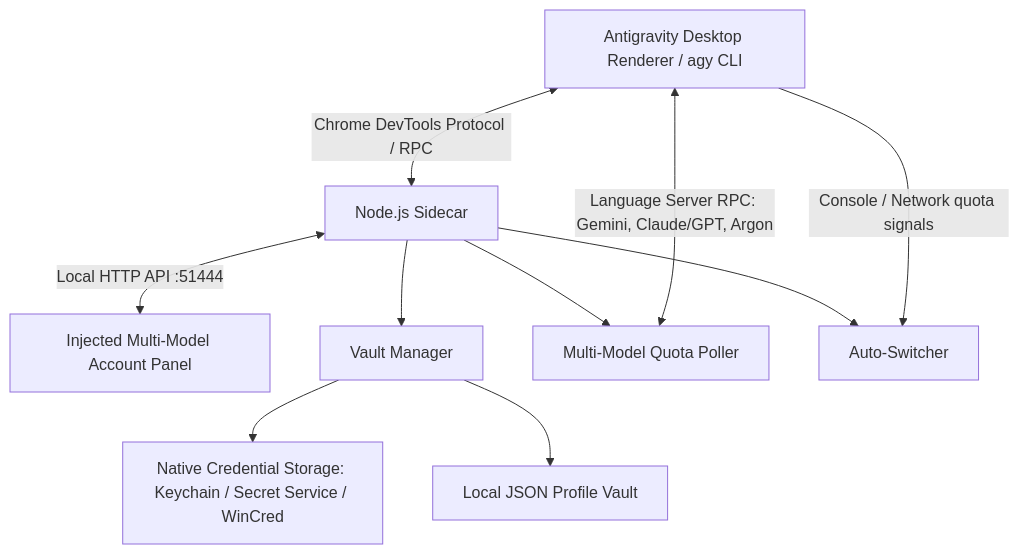
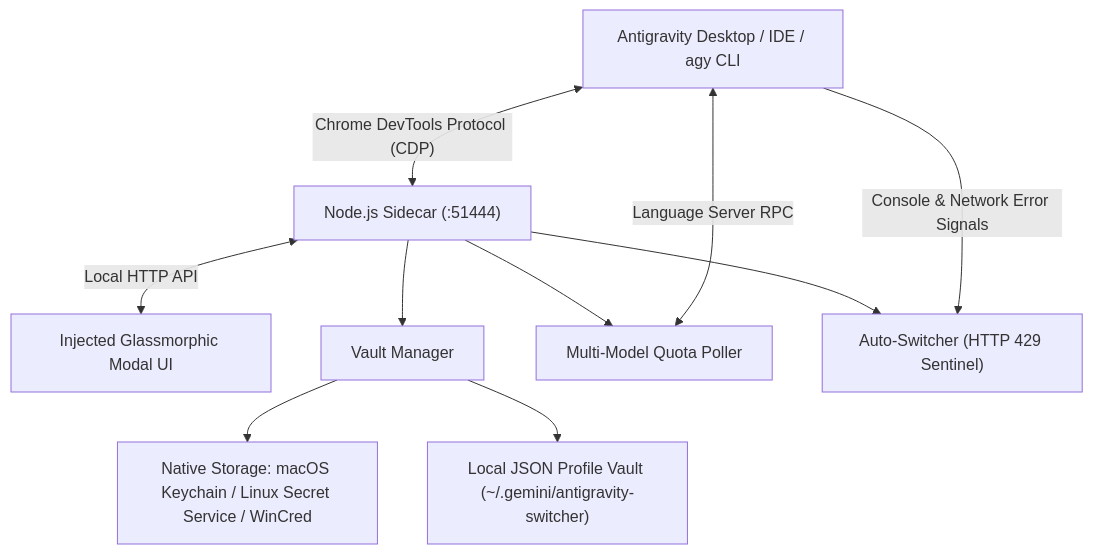
Before and after one commit to sohrabezzati/antigravity-account-switcher: the diagram in README.md, drawn with Mermaid. The commit also changed other lines of this file and 3 other files, not shown here.

Commit message:
docs: add comprehensive cross-platform guide, macOS/Linux 1-line installer, and multi-model documentation

````diff
--- a/README.md
+++ b/README.md
@@ -158,12 +195,12 @@
 ```mermaid
 flowchart TD
-    A[Antigravity Desktop Renderer / agy CLI] <-->|Chrome DevTools Protocol / RPC| B[Node.js Sidecar]
-    B <-->|Local HTTP API :51444| C[Injected Multi-Model Account Panel]
-    B --> D[Vault Manager]
-    D --> E[Native Credential Storage: Keychain / Secret Service / WinCred]
-    D --> F[Local JSON Profile Vault]
-    B --> G[Multi-Model Quota Poller]
-    G <-->|Language Server RPC: Gemini, Claude/GPT, Argon| A
-    B --> H[Auto-Switcher]
-    A -->|Console / Network quota signals| H
+    A["Antigravity Desktop / IDE / agy CLI"] <-->|"Chrome DevTools Protocol (CDP)"| B["Node.js Sidecar (:51444)"]
+    B <-->|"Local HTTP API"| C["Injected Glassmorphic Modal UI"]
+    B --> D["Vault Manager"]
+    D --> E["Native Storage: macOS Keychain / Linux Secret Service / WinCred"]
+    D --> F["Local JSON Profile Vault (~/.gemini/antigravity-switcher)"]
+    B --> G["Multi-Model Quota Poller"]
+    G <-->|"Language Server RPC"| A
+    B --> H["Auto-Switcher (HTTP 429 Sentinel)"]
+    A -->|"Console & Network Error Signals"| H
 ```
````
